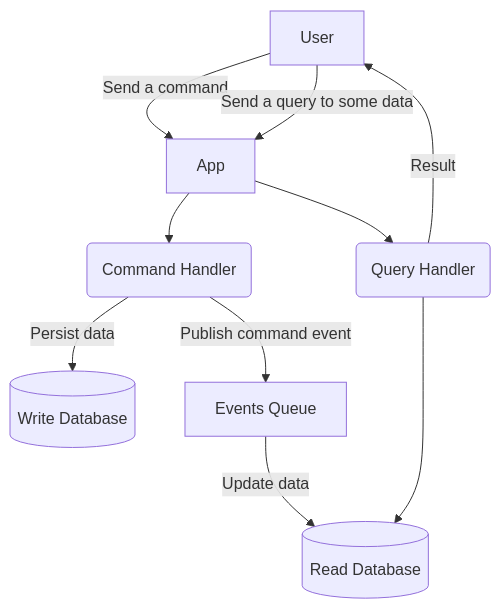
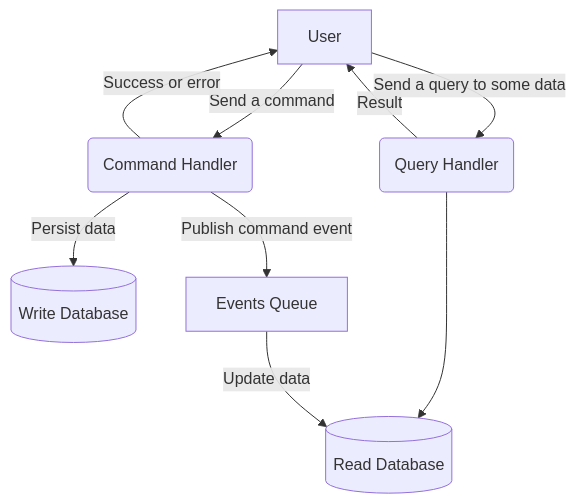
Before and after one commit to Luisgustavom1/microservices-study: the diagram in cqrs/README.md, drawn with Mermaid.

Commit message:
Remove server from cqrs mermaid

````diff
--- a/cqrs/README.md
+++ b/cqrs/README.md
@@ -2,18 +2,18 @@
 ```mermaid
 graph TD
-    User[User] --> |Send a command| Server
-    Server --> CommandHandler --> |Persist data| WriteDb
+    User[User] --> |Send a command| CommandHandler
+    CommandHandler -->|Success or error| User
+    CommandHandler --> |Persist data| WriteDb
     CommandHandler --> |Publish command event| Queue
 
-    User --> |Send a query to some data| Server
-    Server --> QueryHandler --> ReadDb 
+    User --> |Send a query to some data| QueryHandler
+    QueryHandler --> ReadDb 
     QueryHandler -->|"Result"| User
     Queue --> |Update data| ReadDb
     
-    Server[App]
-	CommandHandler(Command Handler)
+    CommandHandler(Command Handler)
     QueryHandler(Query Handler)
     ReadDb[(Read Database)]
     WriteDb[(Write Database)]
-	Queue["Events Queue"]
+    Queue["Events Queue"]
 ```
````
